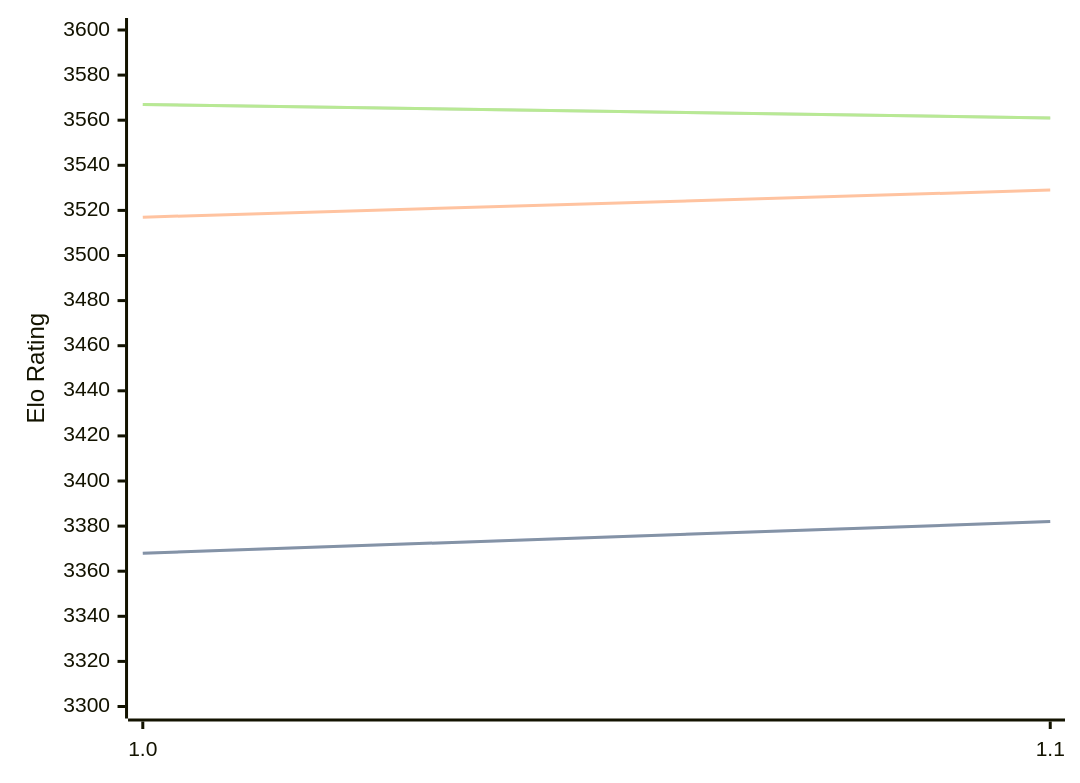
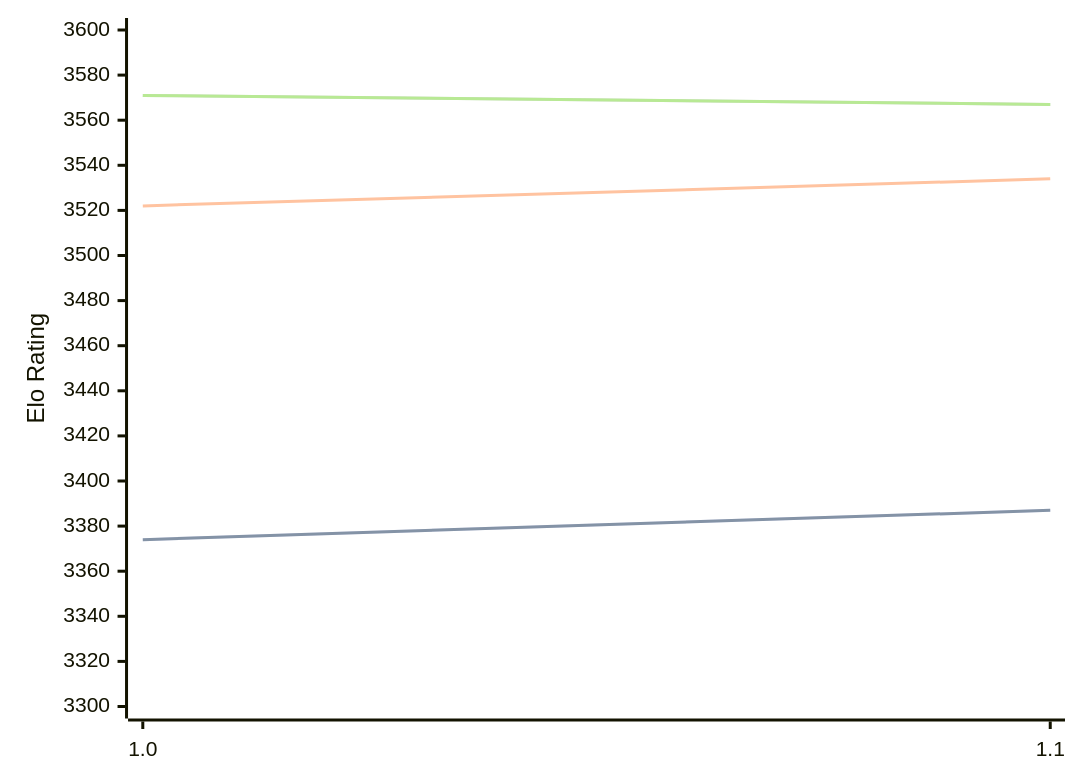
Before and after one commit to computer-chess-index/cci: the diagram in engines/Horsie.md, drawn with Mermaid. The commit also changed other lines of this file, not shown here.

Commit message:
Update CCI Ratings (ELO VLTC) - 2026-04-18

````diff
--- a/engines/Horsie.md
+++ b/engines/Horsie.md
@@ -32,11 +32,11 @@
 ```mermaid
 %%{init: {"theme":"base","themeVariables":{"seriesColors:['#a3a3a3','#222221','#faa371']}}}%%
 xychart-beta
   x-axis ["1.0", "1.1"]
   y-axis "Elo Rating" 3300 --> 3600
-  line "STC (8.0+0.08s)" [3368, 3382]
-  line "STC (8.0+0.08s)" [3368, 3382]
-  line "LTC (60.0+0.60s)" [3517, 3529]
-  line "VLTC (2m24s+1.12s)" [3567, 3561]
-  line "VLTC (2m24s+1.12s)" [3567, 3561]
+  line "STC (8.0+0.08s)" [3374, 3387]
+  line "STC (8.0+0.08s)" [3374, 3387]
+  line "LTC (60.0+0.60s)" [3522, 3534]
+  line "VLTC (2m24s+1.12s)" [3571, 3567]
+  line "VLTC (2m24s+1.12s)" [3571, 3567]
 ```
````
